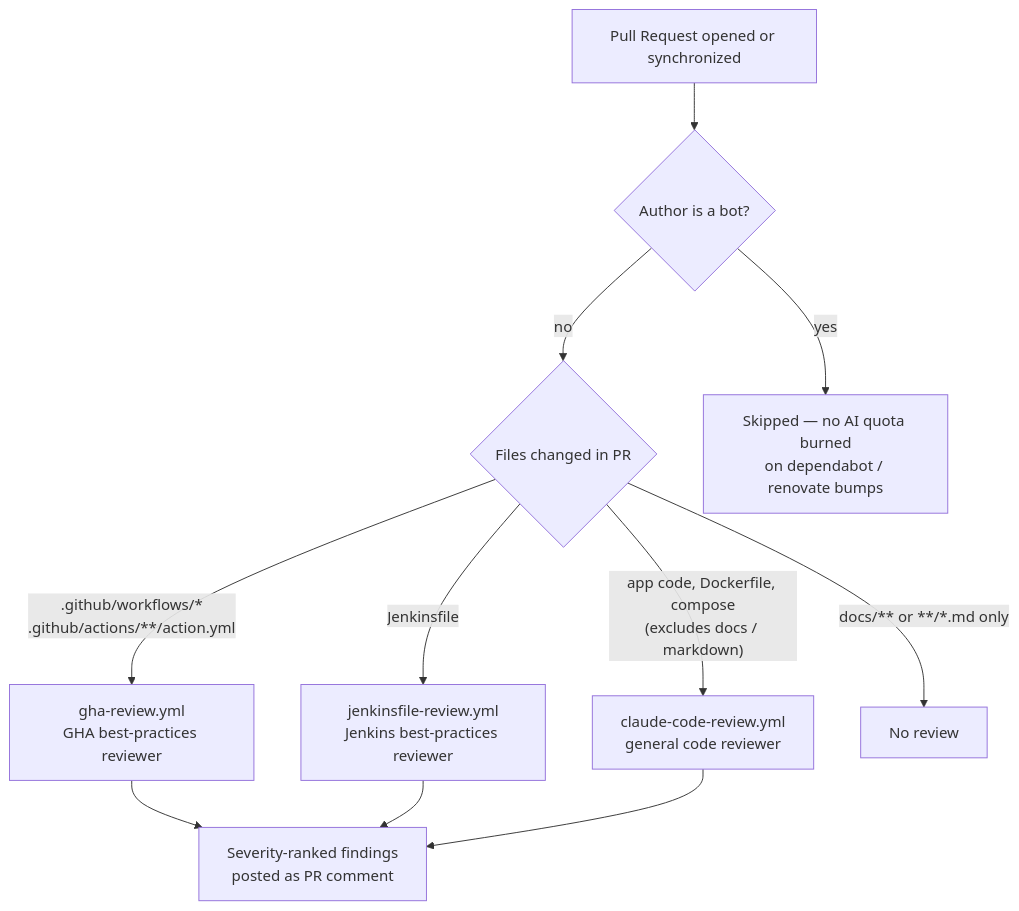
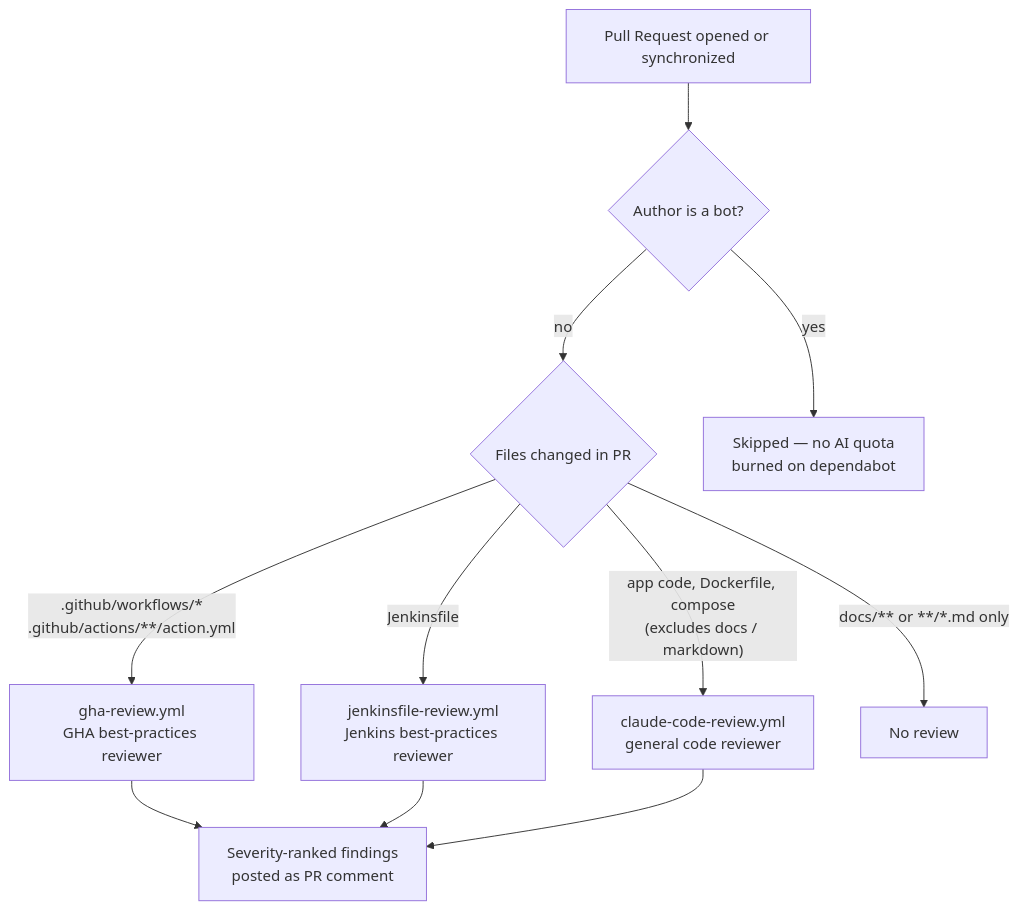
One commit to maksimTrs/ai-ci-github-actions changed the second of 3 diagrams in README.md. Above: the diagram before and after it, drawn with Mermaid.

Commit message:
chore: simplify BotCheck diagram text in README

````diff
--- a/README.md
+++ b/README.md
@@ -95,19 +95,19 @@
 ```mermaid
 flowchart TD
     PR[Pull Request opened or synchronized]
     BotCheck{Author is a bot?}
     Dispatch{Files changed in PR}
 
     PR --> BotCheck
-    BotCheck -->|yes| Skip[Skipped — no AI quota burned<br/>on dependabot / renovate bumps]
+    BotCheck -->|yes| Skip[Skipped — no AI quota<br/> burned on dependabot]
     BotCheck -->|no| Dispatch
 
     Dispatch -->|".github/workflows/*<br/>.github/actions/**/action.yml"| GHA["gha-review.yml<br/>GHA best-practices reviewer"]
     Dispatch -->|"Jenkinsfile"| JF["jenkinsfile-review.yml<br/>Jenkins best-practices reviewer"]
     Dispatch -->|"app code, Dockerfile, compose<br/>(excludes docs / markdown)"| General["claude-code-review.yml<br/>general code reviewer"]
     Dispatch -->|"docs/** or **/*.md only"| Nothing[No review]
 
     GHA --> Comment[Severity-ranked findings<br/>posted as PR comment]
     JF --> Comment
     General --> Comment
 ```
````
